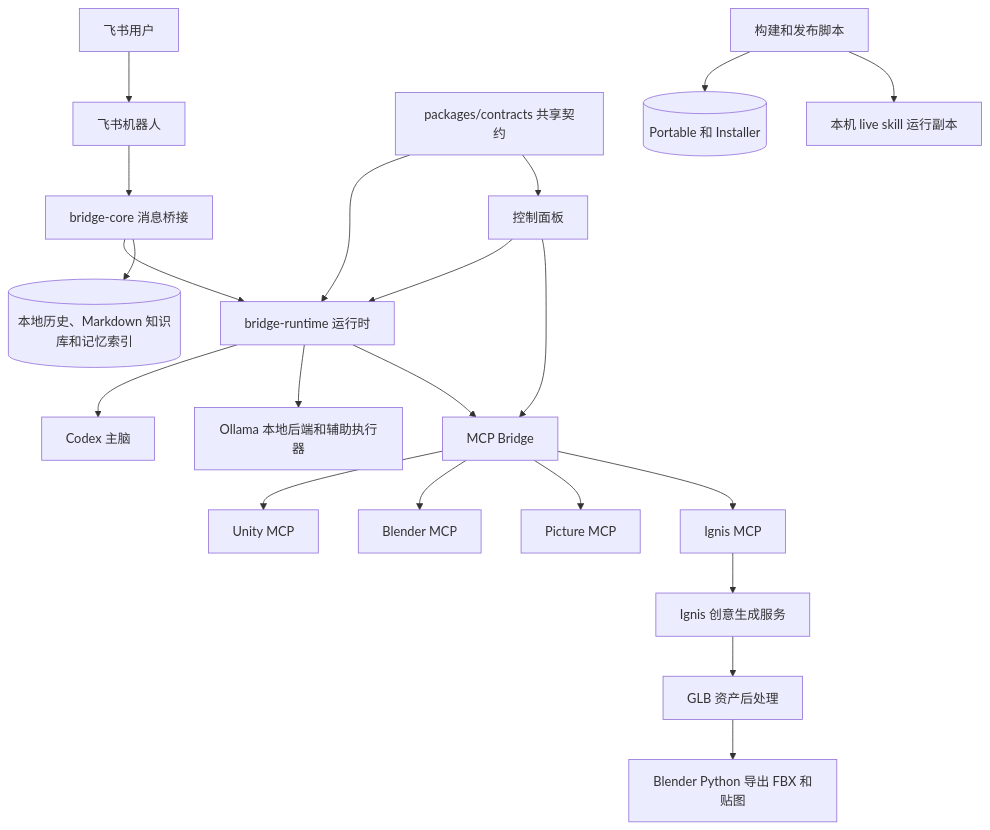
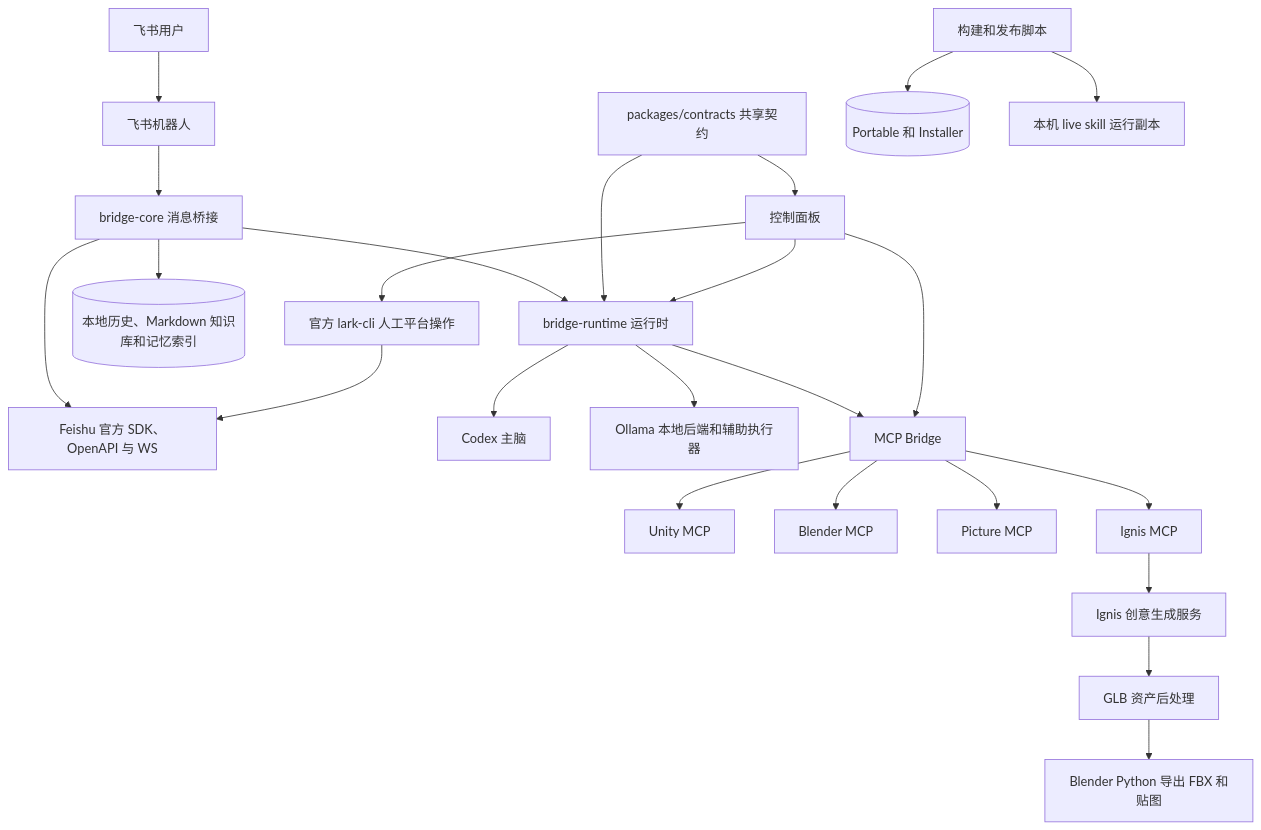
One commit to dddfuxi/codex-im-suite changed the first of 10 diagrams in docs/PROJECT-ARCHITECTURE.md. Above: the diagram before and after it, drawn with Mermaid. The commit also changed other lines of this file and 9 other files, not shown here.

Commit message:
refactor control panel around official lark cli

````diff
--- a/docs/PROJECT-ARCHITECTURE.md
+++ b/docs/PROJECT-ARCHITECTURE.md
@@ -28,23 +28,26 @@
 ```mermaid
 flowchart TD
   FeishuUser[飞书用户] --> FeishuBot[飞书机器人]
   FeishuBot --> BridgeCore[bridge-core 消息桥接]
+  BridgeCore --> FeishuPlatform[Feishu 官方 SDK、OpenAPI 与 WS]
   BridgeCore --> BridgeRuntime[bridge-runtime 运行时]
   SharedContracts[packages/contracts 共享契约] --> BridgeRuntime
   SharedContracts --> ControlPanel
   BridgeRuntime --> CodexBrain[Codex 主脑]
   BridgeRuntime --> LocalHelper[Ollama 本地后端和辅助执行器]
   BridgeRuntime --> McpBridge[MCP Bridge]
   McpBridge --> UnityMcp[Unity MCP]
   McpBridge --> BlenderMcp[Blender MCP]
   McpBridge --> PictureMcp[Picture MCP]
   McpBridge --> IgnisMcp[Ignis MCP]
   IgnisMcp --> IgnisCloud[Ignis 创意生成服务]
   IgnisCloud --> AssetPipeline[GLB 资产后处理]
   AssetPipeline --> BlenderCli[Blender Python 导出 FBX 和贴图]
   BridgeCore --> LocalHistory[(本地历史、Markdown 知识库和记忆索引)]
   ControlPanel[控制面板] --> BridgeRuntime
+  ControlPanel --> LarkCli[官方 lark-cli 人工平台操作]
+  LarkCli --> FeishuPlatform
   ControlPanel --> McpBridge
   Scripts[构建和发布脚本] --> Release[(Portable 和 Installer)]
   Scripts --> LiveSkill[本机 live skill 运行副本]
 ```
````
